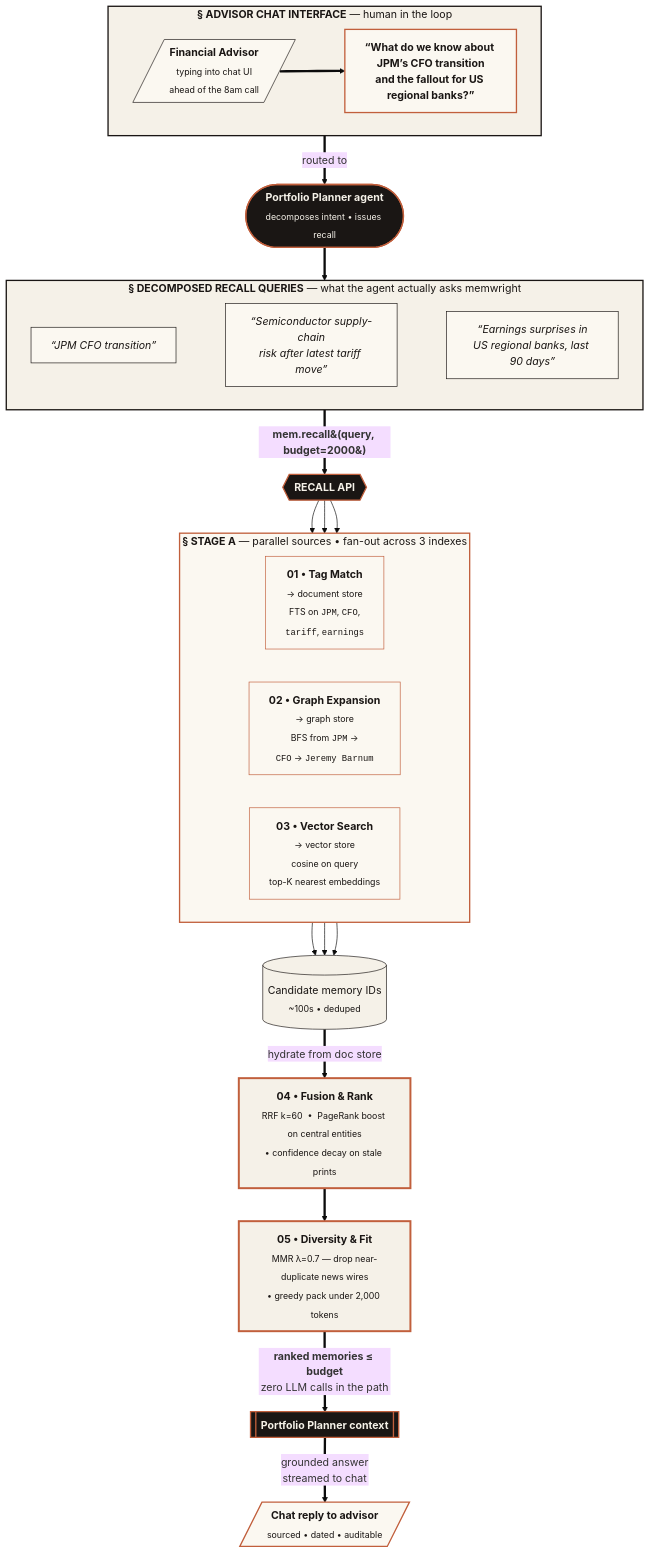
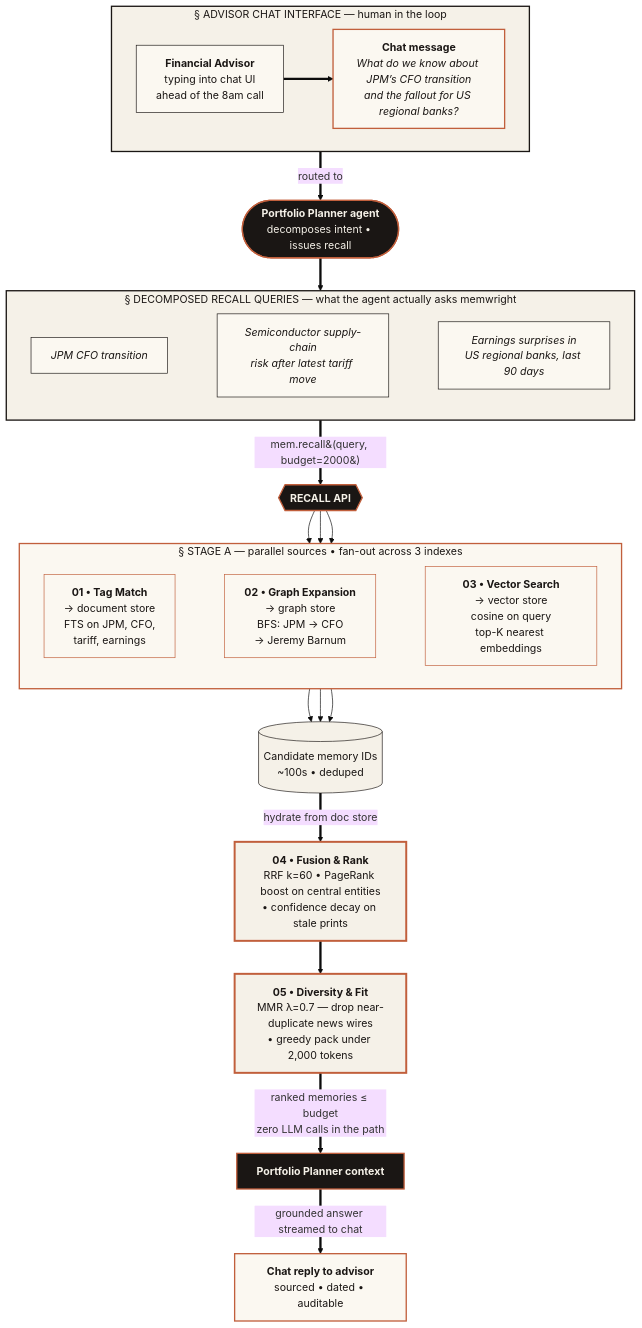
The third of 4 diagrams in README.md (bolnet/attestor), drawn with Mermaid (base theme) before and after one commit. The commit also changed other lines of this file, not shown here.

Commit message:
docs: fix Mermaid syntax in ingestion & recall diagrams
Likely render failure was caused by unsupported <code> tags inside
node labels, parallelogram shapes with inline HTML, and a rhombus
node declared after being referenced. Rewrote both with:
- plain text / <b> / <i> / <br/> only
- simple [rectangle] shapes
- all nodes declared before use
- all text quoted to survive special chars

````diff
--- a/README.md
+++ b/README.md
@@ -291,61 +297,72 @@
 ```mermaid
 flowchart TB
-    subgraph CHAT [<b>&sect; ADVISOR CHAT INTERFACE</b> &mdash; human in the loop]
+    U["<b>Financial Advisor</b><br/>typing into chat UI<br/>ahead of the 8am call"]
+    BUBBLE["<b>Chat message</b><br/><i>What do we know about JPM&rsquo;s CFO transition<br/>and the fallout for US regional banks?</i>"]
+
+    subgraph CHAT ["&sect; ADVISOR CHAT INTERFACE &mdash; human in the loop"]
         direction LR
-        U[/<b>Financial Advisor</b><br/><sub>typing into chat UI<br/>ahead of the 8am call</sub>/]
-        BUBBLE[<b>&ldquo;What do we know about JPM&rsquo;s CFO transition<br/>and the fallout for US regional banks?&rdquo;</b>]
         U ==> BUBBLE
     end
 
-    CHAT ==>|routed to| AGENT([<b>Portfolio Planner agent</b><br/><sub>decomposes intent &bull; issues recall</sub>])
+    CHAT ==>|routed to| AGENT(["<b>Portfolio Planner agent</b><br/>decomposes intent &bull; issues recall"])
 
-    subgraph QUERIES [<b>&sect; DECOMPOSED RECALL QUERIES</b> &mdash; what the agent actually asks memwright]
+    Q1["<i>JPM CFO transition</i>"]
+    Q2["<i>Semiconductor supply-chain<br/>risk after latest tariff move</i>"]
+    Q3["<i>Earnings surprises in<br/>US regional banks, last 90 days</i>"]
+
+    subgraph QUERIES ["&sect; DECOMPOSED RECALL QUERIES &mdash; what the agent actually asks memwright"]
         direction LR
-        Q1[<i>&ldquo;JPM CFO transition&rdquo;</i>]
-        Q2[<i>&ldquo;Semiconductor supply-chain<br/>risk after latest tariff move&rdquo;</i>]
-        Q3[<i>&ldquo;Earnings surprises in<br/>US regional banks, last 90 days&rdquo;</i>]
         Q1 ~~~ Q2 ~~~ Q3
     end
 
     AGENT ==> QUERIES
-    QUERIES ==>|<b>mem.recall&#40;query, budget=2000&#41;</b>| API{{<b>RECALL API</b>}}
+    QUERIES ==>|mem.recall&#40;query, budget=2000&#41;| API{{"<b>RECALL API</b>"}}
 
-    subgraph SOURCES [<b>&sect; STAGE A</b> &mdash; parallel sources &bull; fan-out across 3 indexes]
+    L1["<b>01 &bull; Tag Match</b><br/>&rarr; document store<br/>FTS on JPM, CFO,<br/>tariff, earnings"]
+    L2["<b>02 &bull; Graph Expansion</b><br/>&rarr; graph store<br/>BFS: JPM &rarr; CFO<br/>&rarr; Jeremy Barnum"]
+    L3["<b>03 &bull; Vector Search</b><br/>&rarr; vector store<br/>cosine on query<br/>top-K nearest embeddings"]
+
+    subgraph SOURCES ["&sect; STAGE A &mdash; parallel sources &bull; fan-out across 3 indexes"]
         direction LR
-        L1[<b>01 &bull; Tag Match</b><br/><sub>&rarr; document store<br/>FTS on <code>JPM</code>, <code>CFO</code>,<br/><code>tariff</code>, <code>earnings</code></sub>]
-        L2[<b>02 &bull; Graph Expansion</b><br/><sub>&rarr; graph store<br/>BFS from <code>JPM</code> &rarr;<br/><code>CFO</code> &rarr; <code>Jeremy Barnum</code></sub>]
-        L3[<b>03 &bull; Vector Search</b><br/><sub>&rarr; vector store<br/>cosine on query<br/>top-K nearest embeddings</sub>]
+        L1 ~~~ L2 ~~~ L3
     end
 
     API --> L1
     API --> L2
     API --> L3
 
-    L1 --> IDS[(Candidate memory IDs<br/><sub>~100s &bull; deduped</sub>)]
+    IDS[("Candidate memory IDs<br/>~100s &bull; deduped")]
+
+    L1 --> IDS
     L2 --> IDS
     L3 --> IDS
 
-    IDS ==>|hydrate from doc store| L4[<b>04 &bull; Fusion &amp; Rank</b><br/><sub>RRF k=60 &nbsp;&bull;&nbsp; PageRank boost on central entities<br/>&bull; confidence decay on stale prints</sub>]
-    L4 ==> L5[<b>05 &bull; Diversity &amp; Fit</b><br/><sub>MMR &lambda;=0.7 &mdash; drop near-duplicate news wires<br/>&bull; greedy pack under 2,000 tokens</sub>]
-    L5 ==>|<b>ranked memories &le; budget</b><br/>zero LLM calls in the path| OUT[[<b>Portfolio Planner context</b>]]
-    OUT ==>|grounded answer<br/>streamed to chat| REPLY[/<b>Chat reply to advisor</b><br/><sub>sourced &bull; dated &bull; auditable</sub>/]
+    L4["<b>04 &bull; Fusion &amp; Rank</b><br/>RRF k=60 &bull; PageRank boost on central entities<br/>&bull; confidence decay on stale prints"]
+    L5["<b>05 &bull; Diversity &amp; Fit</b><br/>MMR &lambda;=0.7 &mdash; drop near-duplicate news wires<br/>&bull; greedy pack under 2,000 tokens"]
+    OUT["<b>Portfolio Planner context</b>"]
+    REPLY["<b>Chat reply to advisor</b><br/>sourced &bull; dated &bull; auditable"]
+
+    IDS ==>|hydrate from doc store| L4
+    L4 ==> L5
+    L5 ==>|ranked memories &le; budget<br/>zero LLM calls in the path| OUT
+    OUT ==>|grounded answer streamed to chat| REPLY
 
     style CHAT    fill:#F5F1E8,stroke:#1A1614,stroke-width:2px,color:#1A1614
     style U       fill:#FBF8F1,stroke:#1A1614,color:#1A1614
     style BUBBLE  fill:#FBF8F1,stroke:#C15F3C,stroke-width:2px,color:#1A1614
     style AGENT   fill:#1A1614,stroke:#C15F3C,stroke-width:2px,color:#F5F1E8
     style REPLY   fill:#FBF8F1,stroke:#C15F3C,stroke-width:2px,color:#1A1614
     style QUERIES fill:#F5F1E8,stroke:#1A1614,stroke-width:2px,color:#1A1614
     style SOURCES fill:#FBF8F1,stroke:#C15F3C,stroke-width:2px,color:#1A1614
     style API     fill:#1A1614,stroke:#C15F3C,stroke-width:2px,color:#F5F1E8
     style L1      fill:#FBF8F1,stroke:#C15F3C,color:#1A1614
     style L2      fill:#FBF8F1,stroke:#C15F3C,color:#1A1614
     style L3      fill:#FBF8F1,stroke:#C15F3C,color:#1A1614
     style IDS     fill:#F5F1E8,stroke:#1A1614,color:#1A1614
     style L4      fill:#F5F1E8,stroke:#C15F3C,stroke-width:3px,color:#1A1614
     style L5      fill:#F5F1E8,stroke:#C15F3C,stroke-width:3px,color:#1A1614
     style OUT     fill:#1A1614,stroke:#C15F3C,stroke-width:2px,color:#F5F1E8
     style Q1      fill:#FBF8F1,stroke:#1A1614,color:#1A1614
     style Q2      fill:#FBF8F1,stroke:#1A1614,color:#1A1614
     style Q3      fill:#FBF8F1,stroke:#1A1614,color:#1A1614
 ```
````
